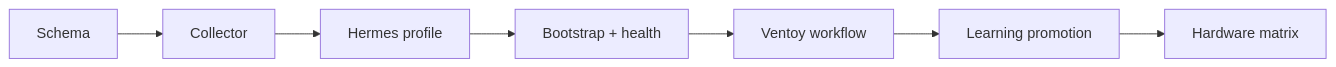
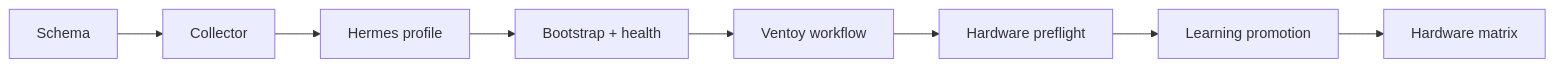
The tenth of 12 diagrams in docs/design.md (ahliweb/linux-mint-xfce-rescue-ai), drawn with Mermaid before and after one commit. The commit also changed other lines of this file and 7 other files, not shown here.

````diff
--- a/docs/design.md
+++ b/docs/design.md
@@ -188,9 +219,10 @@
 ```mermaid
 flowchart LR
     S1[Schema] --> S2[Collector]
     S2 --> S3[Hermes profile]
     S3 --> S4[Bootstrap + health]
     S4 --> S5[Ventoy workflow]
-    S5 --> S6[Learning promotion]
-    S6 --> S7[Hardware matrix]
+    S5 --> S6[Hardware preflight]
+    S6 --> S7[Learning promotion]
+    S7 --> S8[Hardware matrix]
 ```
````
